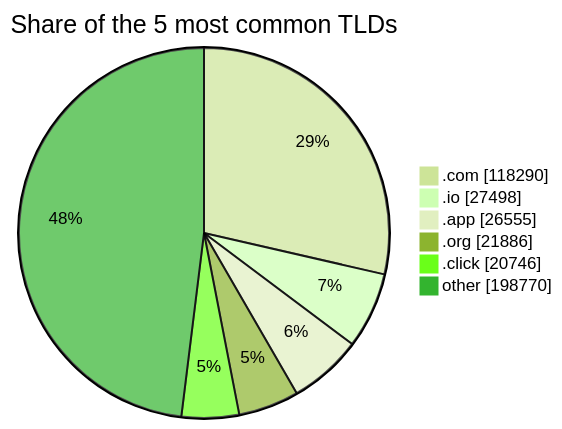
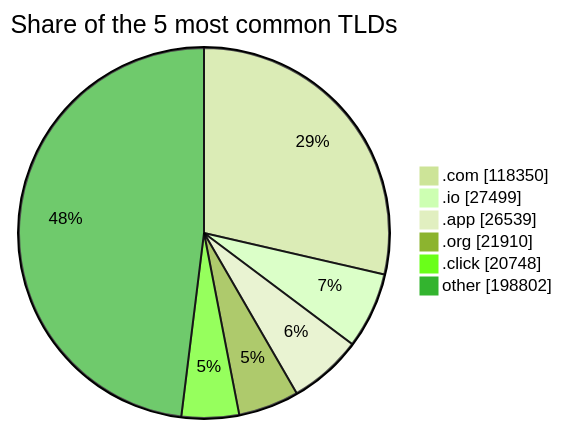
One commit to DNSBunker/CTI changed the third of 3 diagrams in README.md. Above: the diagram before and after it, drawn with Mermaid (forest theme). The commit also changed other lines of this file and 3 other files, not shown here.

````diff
--- a/README.md
+++ b/README.md
@@ -81,9 +81,9 @@
 ```mermaid
 pie showData title Share of the 5 most common TLDs
-    ".com" : 118290
-    ".io" : 27498
-    ".app" : 26555
-    ".org" : 21886
-    ".click" : 20746
-    "other" : 198770
+    ".com" : 118350
+    ".io" : 27499
+    ".app" : 26539
+    ".org" : 21910
+    ".click" : 20748
+    "other" : 198802
 ```
````
